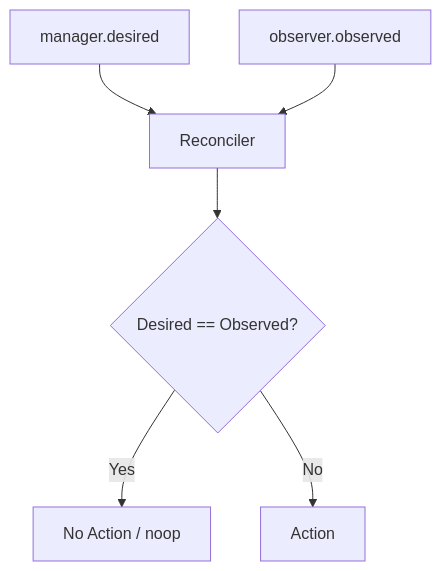
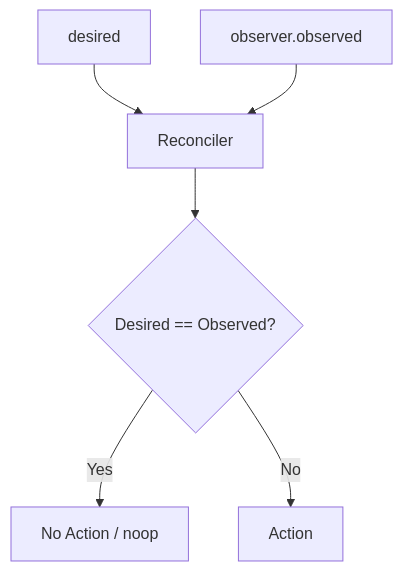
The sixth of 18 diagrams in docs/loop/RESOURCE-CONTROL-LOOP.md (danielsabatini/smarkee), drawn with Mermaid before and after one commit. The commit also changed other lines of this file and 81 other files, not shown here.

Commit message:
docs: alinhar documentações e diagramas aos subjects de 4 tokens do NATS

````diff
--- a/docs/loop/RESOURCE-CONTROL-LOOP.md
+++ b/docs/loop/RESOURCE-CONTROL-LOOP.md
@@ -482,14 +482,14 @@
 ```mermaid
 flowchart TB
 
-    D[manager.desired]
+    D[desired]
     O[observer.observed]
 
     D --> R[Reconciler]
     O --> R
 
     R --> C{Desired == Observed?}
 
     C -->|Yes| N[No Action / noop]
     C -->|No| A[Action]
 ```
````
